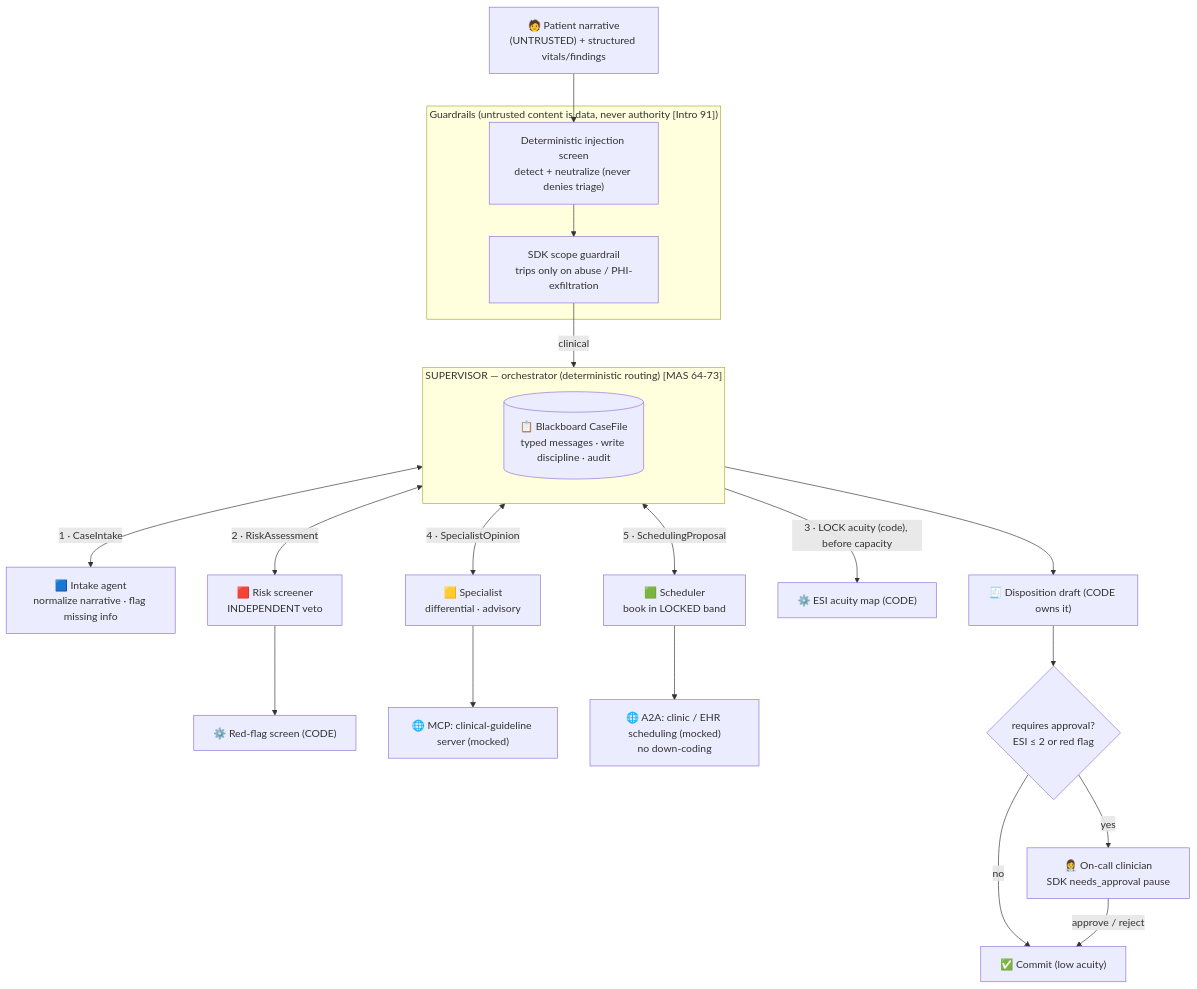
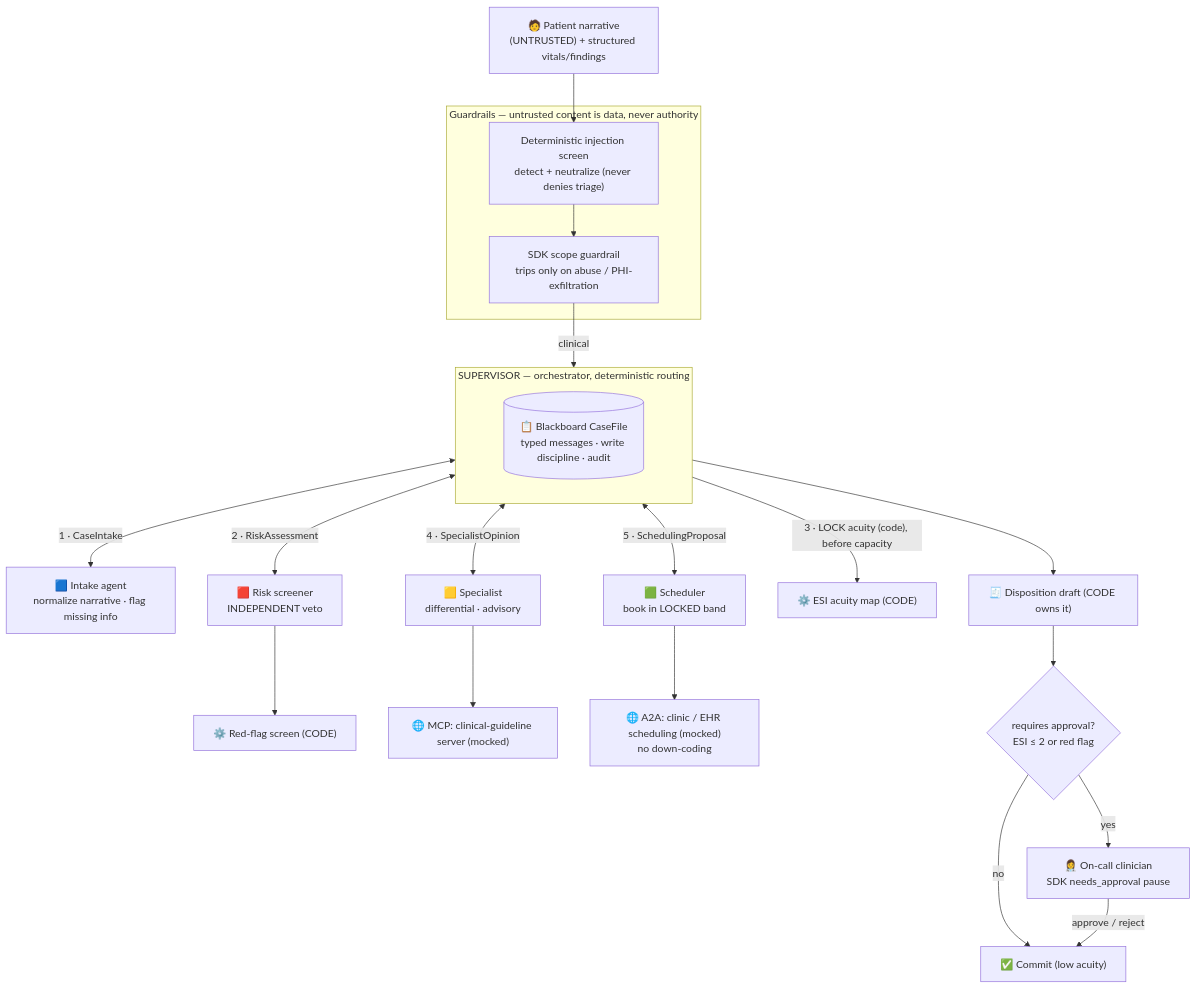
The diagram in README.md (othmane-zizi-pro/multi-agent-healthcare-triage), drawn with Mermaid before and after one commit. The commit also changed 7 other files, not shown here.

Commit message:
Polish: render-safe Mermaid diagram; tidy comment cross-references

````diff
--- a/README.md
+++ b/README.md
@@ -49,46 +49,46 @@
 ```mermaid
 flowchart TB
     P["🧑 Patient narrative<br/>(UNTRUSTED) + structured vitals/findings"]
 
-    subgraph GR["Guardrails (untrusted content is data, never authority [Intro 91])"]
+    subgraph GR["Guardrails — untrusted content is data, never authority"]
       INJ["Deterministic injection screen<br/>detect + neutralize (never denies triage)"]
       SCOPE["SDK scope guardrail<br/>trips only on abuse / PHI-exfiltration"]
     end
 
     P --> INJ --> SCOPE
 
-    subgraph SUP["SUPERVISOR — orchestrator (deterministic routing) [MAS 64-73]"]
+    subgraph SUP["SUPERVISOR — orchestrator, deterministic routing"]
       direction TB
       BB[("📋 Blackboard CaseFile<br/>typed messages · write discipline · audit")]
     end
 
     SCOPE -->|clinical| SUP
 
     INTAKE["🟦 Intake agent<br/>normalize narrative · flag missing info"]
     RISK["🟥 Risk screener<br/>INDEPENDENT veto"]
     SPEC["🟨 Specialist<br/>differential · advisory"]
     SCHED["🟩 Scheduler<br/>book in LOCKED band"]
 
     SUP <-->|"1 · CaseIntake"| INTAKE
     SUP <-->|"2 · RiskAssessment"| RISK
     SUP <-->|"4 · SpecialistOpinion"| SPEC
     SUP <-->|"5 · SchedulingProposal"| SCHED
 
     RFS["⚙️ Red-flag screen (CODE)"]
     ESI["⚙️ ESI acuity map (CODE)"]
     GL["🌐 MCP: clinical-guideline server (mocked)"]
     EHR["🌐 A2A: clinic / EHR scheduling (mocked)<br/>no down-coding"]
 
     RISK --> RFS
     SPEC --> GL
     SCHED --> EHR
     SUP -->|"3 · LOCK acuity (code), before capacity"| ESI
 
     DISP["🧾 Disposition draft (CODE owns it)"]
     SUP --> DISP
     GATE{"requires approval?<br/>ESI ≤ 2 or red flag"}
     DISP --> GATE
     GATE -->|yes| HUMAN["👩‍⚕️ On-call clinician<br/>SDK needs_approval pause"]
     GATE -->|no| COMMIT["✅ Commit (low acuity)"]
     HUMAN -->|approve / reject| COMMIT
 ```
````
